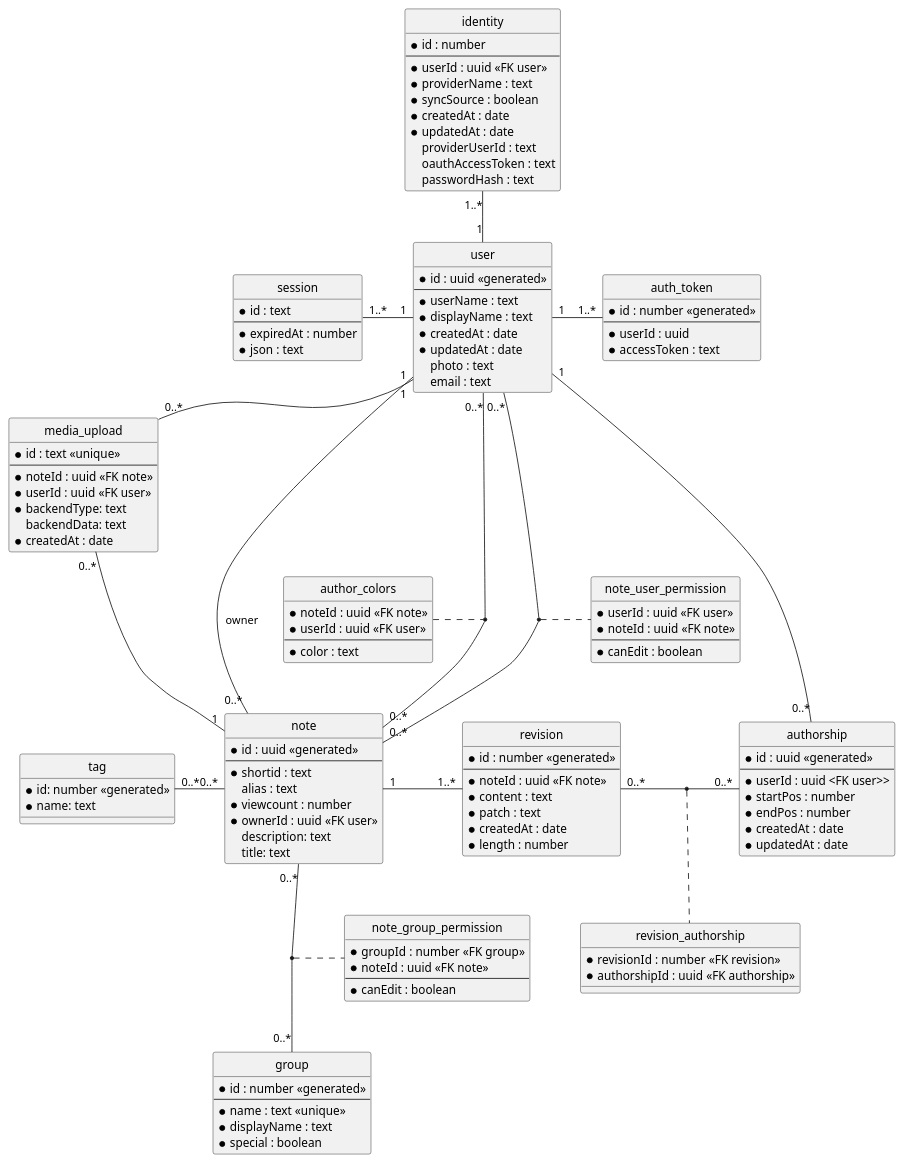
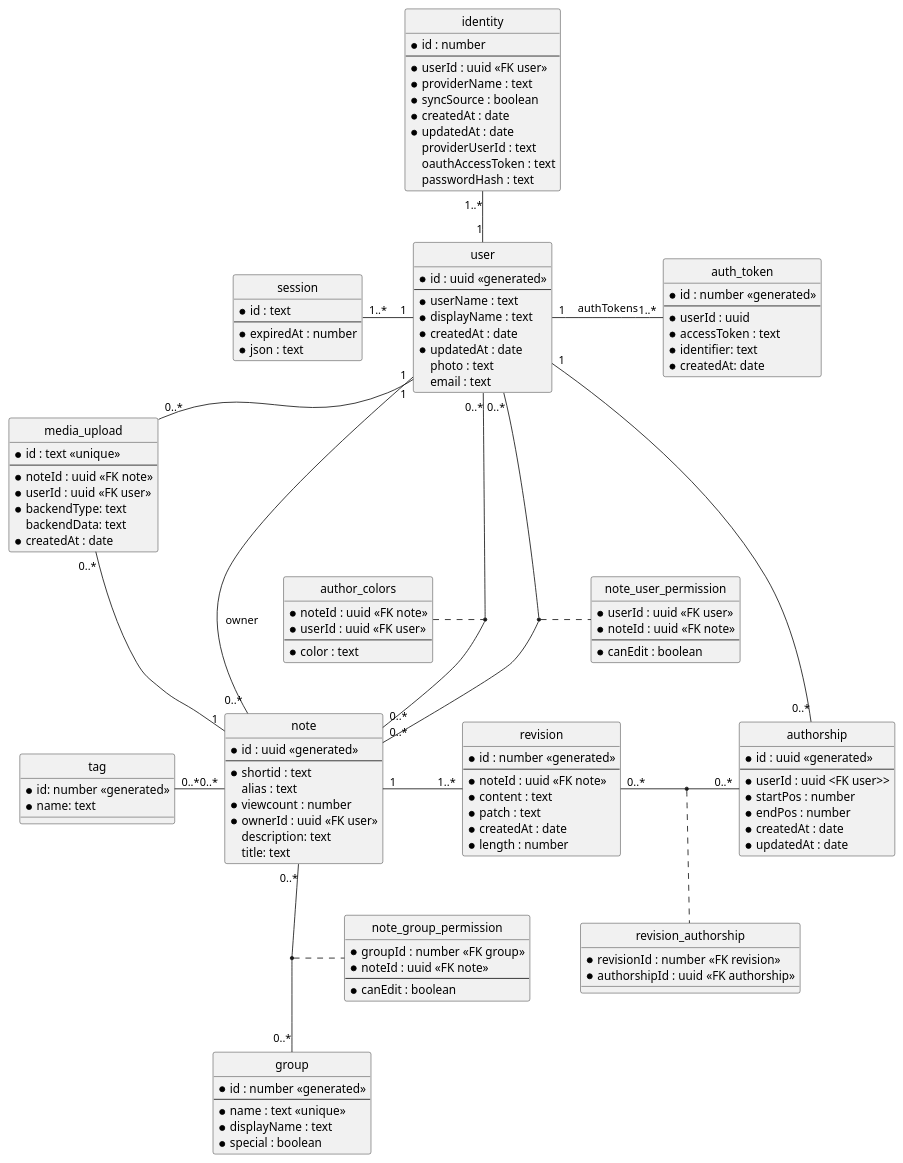
Before and after one commit to hedgedoc/hedgedoc: the diagram in docs/content/dev/db-schema.plantuml, drawn with PlantUML.

Commit message:
db-schema: updates plantuml
adds identifier and createdAt to AuthToken
renames authToken in User to authTokens

```diff
--- a/docs/content/dev/db-schema.plantuml
+++ b/docs/content/dev/db-schema.plantuml
@@ -1,154 +1,156 @@
 @startuml
 hide circle
 skinparam nodesep 60
 
 entity "note" {
   *id : uuid <<generated>>
   --
   *shortid : text
   alias : text
   *viewcount : number
   *ownerId : uuid <<FK user>>
   description: text
   title: text
 }
 
 entity "user" {
   *id : uuid <<generated>>
   --
   *userName : text
   *displayName : text
   *createdAt : date
   *updatedAt : date
   photo : text
   email : text
 }
 
 entity "auth_token"{
   *id : number <<generated>>
   --
   *userId : uuid
   *accessToken : text
+  *identifier: text
+  *createdAt: date
 }
 
 entity "identity" {
   *id : number
   --
   *userId : uuid <<FK user>>
   ' Identifies the external login provider and is set in the config
   *providerName : text
   *syncSource : boolean
   *createdAt : date
   *updatedAt : date
   ' The unique identifier of a user from the login provider
   providerUserId : text
   ' Token used to access the OAuth provider in the users name. Can be NULL
   oauthAccessToken : text
   ' Password hash. Can be NULL
   passwordHash : text
 }
 
 entity "session" {
   *id : text
   --
   *expiredAt : number
   *json : text
 }
 
 
 entity "revision" {
   *id : number <<generated>>
   --
   *noteId : uuid <<FK note>>
   *content : text
   *patch : text
   *createdAt : date
   *length : number
 }
 
 entity "authorship" {
   *id : uuid <<generated>>
   --
   *userId : uuid <FK user>>
   *startPos : number
   *endPos : number
   *createdAt : date
   *updatedAt : date
 }
 
 entity "revision_authorship" {
   *revisionId : number <<FK revision>>
   *authorshipId : uuid <<FK authorship>>
 }
 
 entity "author_colors" {
   *noteId : uuid <<FK note>>
   *userId : uuid <<FK user>>
   --
   *color : text
 }
 
 
 entity "note_user_permission" {
   *userId : uuid <<FK user>>
   *noteId : uuid <<FK note>>
   --
   *canEdit : boolean
 }
 
 entity "group" {
   *id : number <<generated>>
   --
   *name : text <<unique>>
   *displayName : text
   ' Is set to denote a special group
   ' Special groups are used to map the old share settings like "everyone can edit"
   ' or "logged in users can view" to the group permission system
   *special : boolean
   }
 
 entity "note_group_permission" {
   *groupId : number <<FK group>>
   *noteId : uuid <<FK note>>
   --
   *canEdit : boolean
 }
 
 entity "tag" {
   *id: number <<generated>>
   *name: text
 }
 
 entity "media_upload" {
   *id : text <<unique>>
   --
   *noteId : uuid <<FK note>>
   *userId : uuid <<FK user>>
   *backendType: text
   backendData: text
   *createdAt : date
 }
 
 user "1" -- "0..*" note: owner
 user "1" -u- "1..*" identity
-user "1" - "1..*" auth_token
+user "1" - "1..*" auth_token: authTokens
 user "1" -l- "1..*" session
 user "1" - "0..*" media_upload
 user "0..*" -- "0..*" note
 user "1" - "0..*" authorship
 
 (user, note) . author_colors
 
 revision "0..*" - "0..*" authorship
 (revision, authorship) .. revision_authorship
 
 media_upload "0..*"  -- "1" note
 note "1" - "1..*" revision
 note "0..*" -l- "0..*" tag
 note "0..*" -- "0..*" group
 
 user "0..*" -- "0..*" note
 (user, note) . note_user_permission
 (note, group) . note_group_permission
 
 @enduml
```
